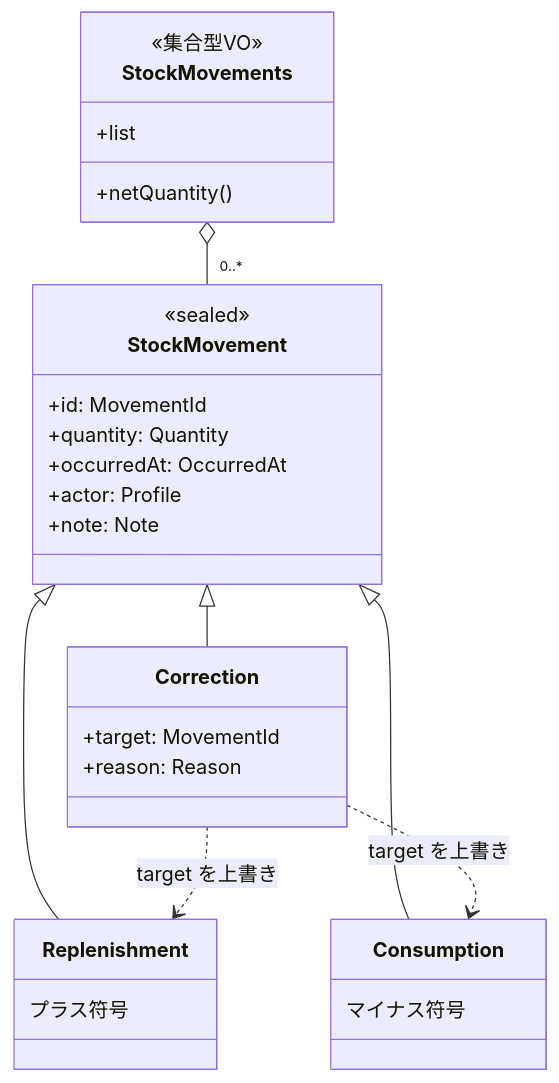
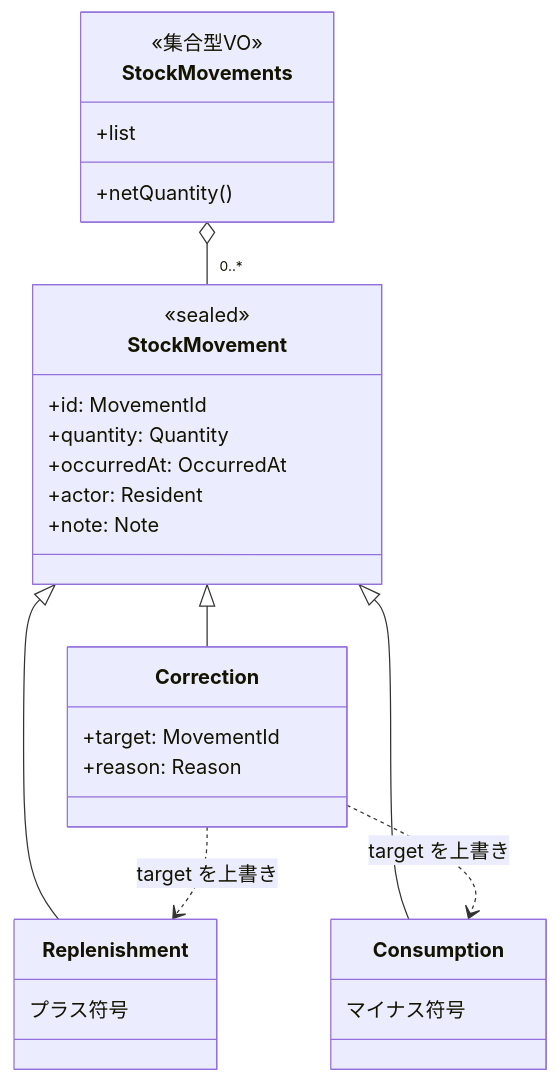
Before and after one commit to bright-room/mindstock: the third of 5 diagrams in docs/superpowers/specs/2026-05-31-mindstock-full-replace-design/03-domain-detail.md, drawn with Mermaid. The commit also changed other lines of this file, not shown here.

First line of the commit message:
docs: 03 詳細ドメインを完成(resident 再設計 / 共通VO / ShoppingList read-model)

````diff
--- a/docs/superpowers/specs/2026-05-31-mindstock-full-replace-design/03-domain-detail.md
+++ b/docs/superpowers/specs/2026-05-31-mindstock-full-replace-design/03-domain-detail.md
@@ -210,32 +300,32 @@
 ```mermaid
 classDiagram
     class StockMovement {
         <<sealed>>
         +id: MovementId
         +quantity: Quantity
         +occurredAt: OccurredAt
-        +actor: Profile
+        +actor: Resident
         +note: Note
     }
     class Replenishment {
         プラス符号
     }
     class Consumption {
         マイナス符号
     }
     class Correction {
         +target: MovementId
         +reason: Reason
     }
     class StockMovements {
         <<集合型VO>>
         +list
         +netQuantity()
     }
     StockMovement <|-- Replenishment
     StockMovement <|-- Consumption
     StockMovement <|-- Correction
     Correction ..> Replenishment : target を上書き
     Correction ..> Consumption : target を上書き
     StockMovements o-- "0..*" StockMovement
 ```
````
